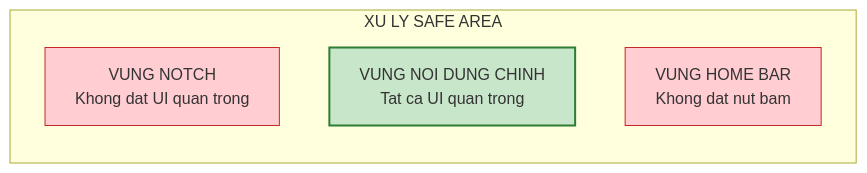
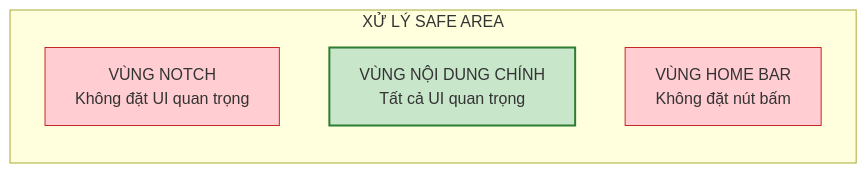
The sixth of 6 diagrams in docs/cac-chuc-nang-chinh-va-bo-cuc.md (luantran-working/idlegame-designdocs), drawn with Mermaid before and after one commit. The commit also changed other lines of this file and 16 other files, not shown here.

Commit message:
feat: Introduce extensive game design documentation covering game systems, UI, and roadmap, and enable Mermaid diagram support in Docusaurus.

````diff
--- a/docs/cac-chuc-nang-chinh-va-bo-cuc.md
+++ b/docs/cac-chuc-nang-chinh-va-bo-cuc.md
@@ -361,13 +361,13 @@
 ```mermaid
 flowchart TB
-    subgraph SafeArea["XU LY SAFE AREA"]
+    subgraph SafeArea["XỬ LÝ SAFE AREA"]
         direction TB
-        Notch["VUNG NOTCH<br/>Khong dat UI quan trong"]
-        Content["VUNG NOI DUNG CHINH<br/>Tat ca UI quan trong"]
-        HomeBar["VUNG HOME BAR<br/>Khong dat nut bam"]
+        Notch["VÙNG NOTCH<br/>Không đặt UI quan trọng"]
+        Content["VÙNG NỘI DUNG CHÍNH<br/>Tất cả UI quan trọng"]
+        HomeBar["VÙNG HOME BAR<br/>Không đặt nút bấm"]
     end
 
     style Notch fill:#ffcdd2,stroke:#c62828,stroke-width:1px
     style Content fill:#c8e6c9,stroke:#2e7d32,stroke-width:2px
     style HomeBar fill:#ffcdd2,stroke:#c62828,stroke-width:1px
 ```
````
